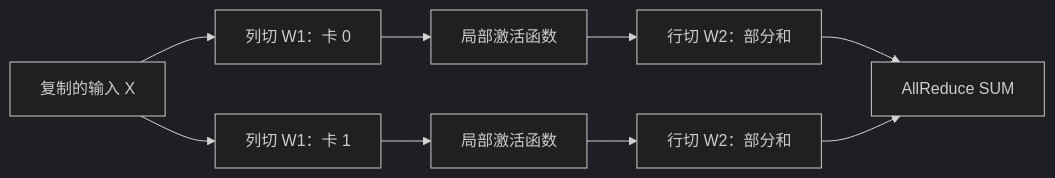
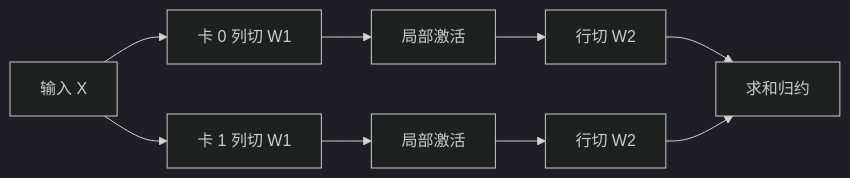
One commit to caomaolufei/AIInfraGuide changed the diagram in docs/guides/模块四-推理优化/第6章-分布式推理/6.2-张量并行推理.md. Above: the diagram before and after it, drawn with Mermaid (dark theme). The commit also changed other lines of this file and 12 other files, not shown here.

Commit message:
docs: revise chapter six explanations and add six teaching diagrams

````diff
--- a/docs/guides/模块四-推理优化/第6章-分布式推理/6.2-张量并行推理.md
+++ b/docs/guides/模块四-推理优化/第6章-分布式推理/6.2-张量并行推理.md
@@ -114,11 +118,11 @@
 ```mermaid
 graph LR
-    X["复制的输入 X"] --> C0["列切 W1：卡 0"]
-    X --> C1["列切 W1：卡 1"]
-    C0 --> F0["局部激活函数"]
-    C1 --> F1["局部激活函数"]
-    F0 --> R0["行切 W2：部分和"]
-    F1 --> R1["行切 W2：部分和"]
-    R0 --> A["AllReduce SUM"]
+    X["输入 X"] --> C0["卡 0 列切 W1"]
+    X --> C1["卡 1 列切 W1"]
+    C0 --> F0["局部激活"]
+    C1 --> F1["局部激活"]
+    F0 --> R0["行切 W2"]
+    F1 --> R1["行切 W2"]
+    R0 --> A["求和归约"]
     R1 --> A
 ```
````
